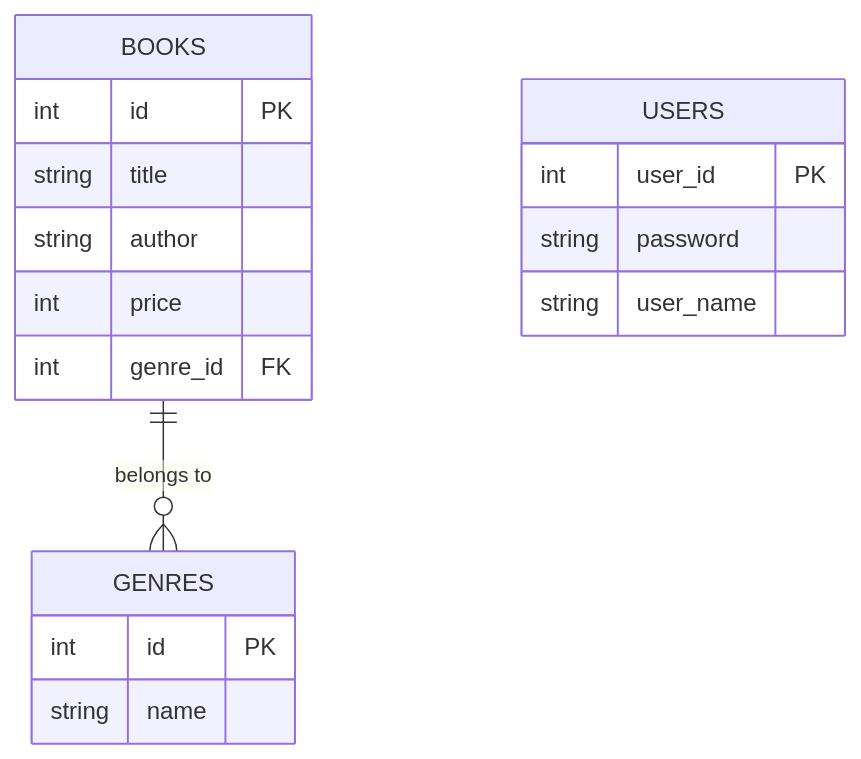
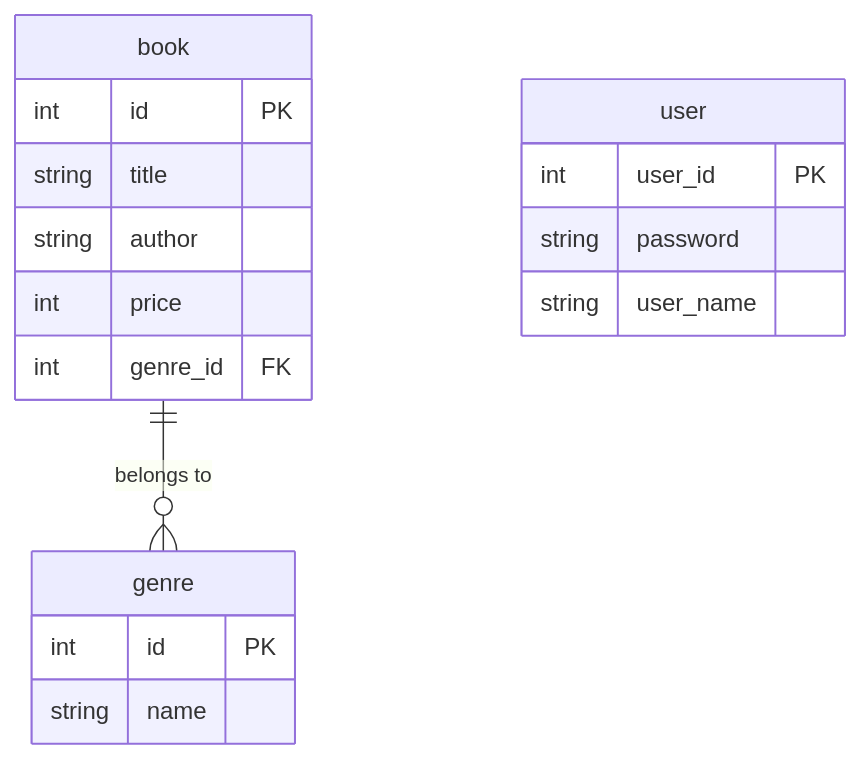
Before and after one commit to juyeongjung1/springboot_personal_practice: the seventh of 7 diagrams in docs/Comprehensive_Design_Specification.md, drawn with Mermaid. The commit also changed other lines of this file and 5 other files, not shown here.

````diff
--- a/docs/Comprehensive_Design_Specification.md
+++ b/docs/Comprehensive_Design_Specification.md
@@ -289,20 +289,20 @@
 ```mermaid
 erDiagram
-    BOOKS ||--o{ GENRES : "belongs to"
-    BOOKS {
+    book ||--o{ genre : "belongs to"
+    book {
         int id PK
         string title
         string author
         int price
         int genre_id FK
     }
-    GENRES {
+    genre {
         int id PK
         string name
     }
-    USERS {
+    user {
         int user_id PK
         string password
         string user_name
     }
 ```
````
